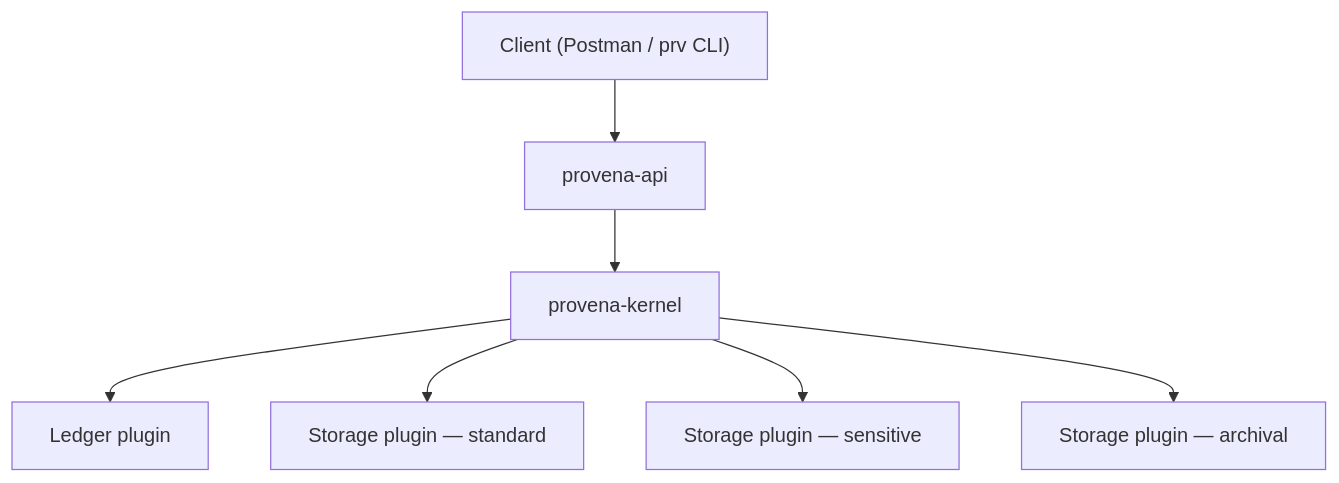
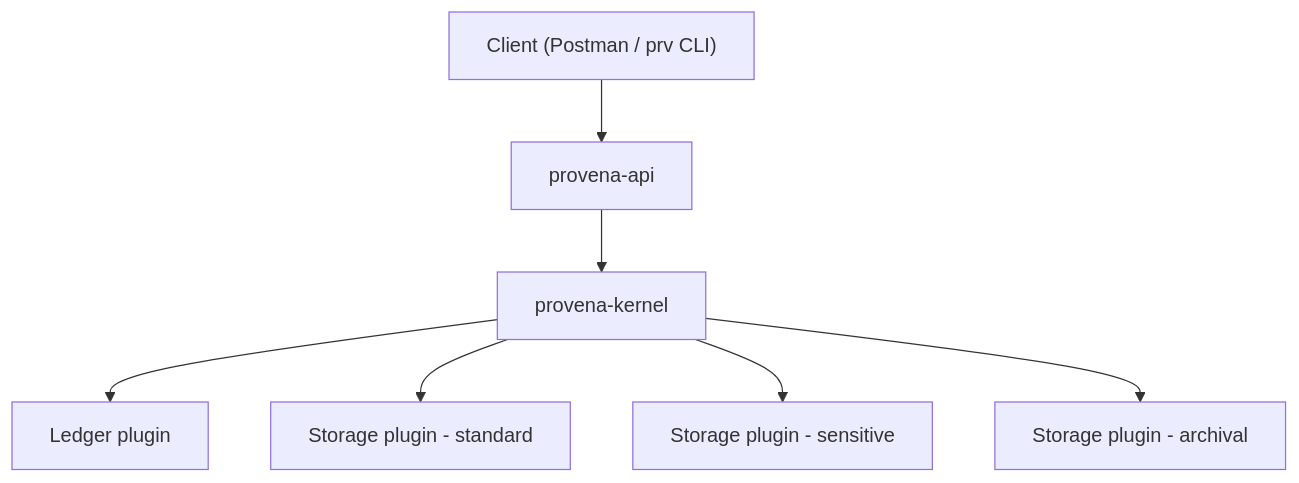
One commit to provenancai/provena changed the diagram in docs/src/architecture/overview.md. Above: the diagram before and after it, drawn with Mermaid.

Commit message:
Update docs/src/architecture/overview.md
Further em removals

````diff
--- a/docs/src/architecture/overview.md
+++ b/docs/src/architecture/overview.md
@@ -7,9 +7,9 @@
 ```mermaid
 flowchart TD
     Client["Client (Postman / prv CLI)"] --> API[provena-api]
     API --> Kernel[provena-kernel]
     Kernel --> Ledger[Ledger plugin]
-    Kernel --> StorageStd["Storage plugin — standard"]
-    Kernel --> StorageSens["Storage plugin — sensitive"]
-    Kernel --> StorageArc["Storage plugin — archival"]
+    Kernel --> StorageStd["Storage plugin - standard"]
+    Kernel --> StorageSens["Storage plugin - sensitive"]
+    Kernel --> StorageArc["Storage plugin - archival"]
 ```
````
